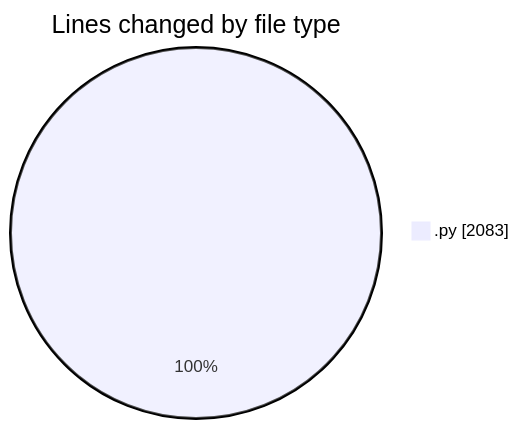
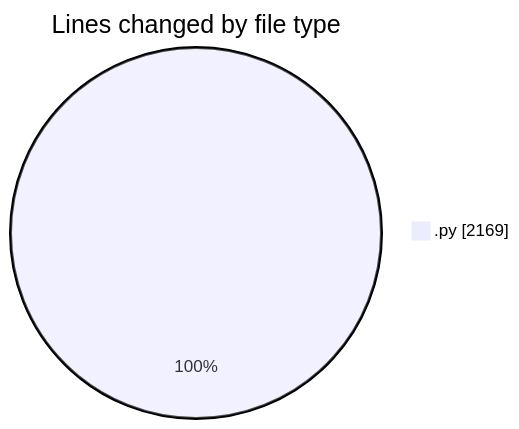
Before and after one commit to MatusMokan/code-tracking: the first of 2 diagrams in 2025-04-12/myws__workspace_/README.md, drawn with Mermaid. The commit also changed other lines of this file and 1 other file, not shown here.

````diff
--- a/2025-04-12/myws__workspace_/README.md
+++ b/2025-04-12/myws__workspace_/README.md
@@ -22,5 +22,5 @@
 ```mermaid
 pie showData
 title Lines changed by file type
-".py" : 2083
+".py" : 2169
 ```
````
